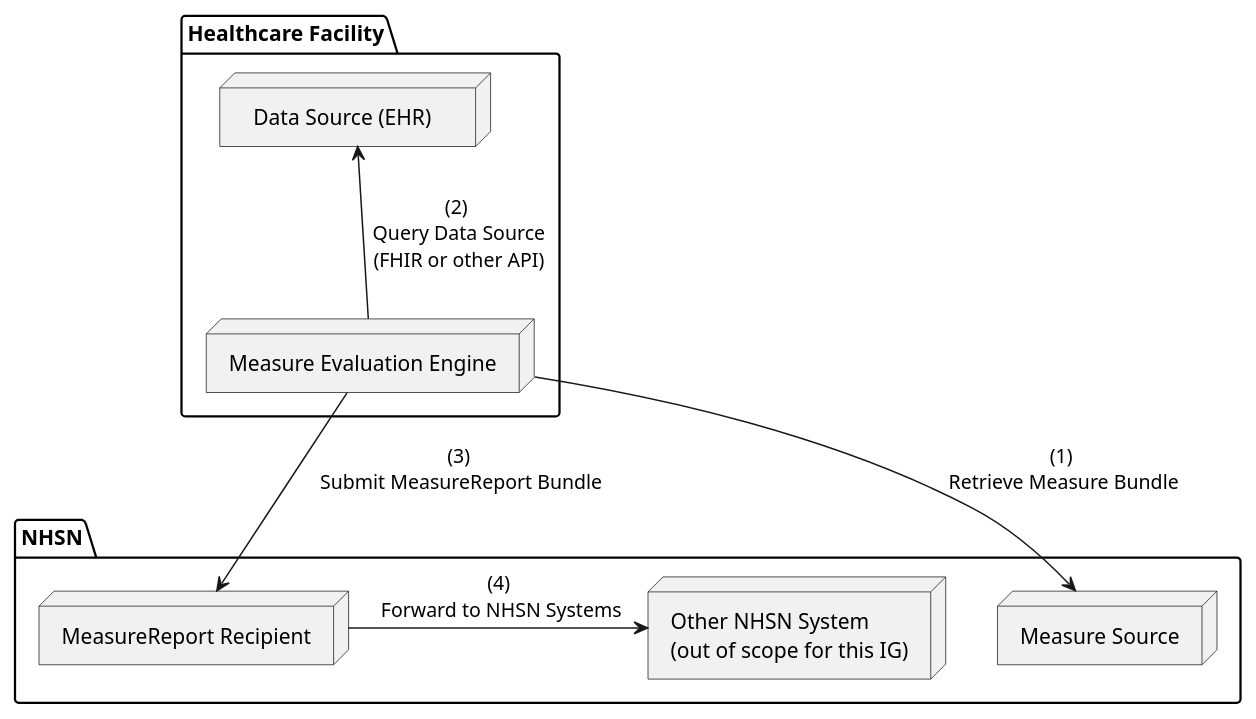
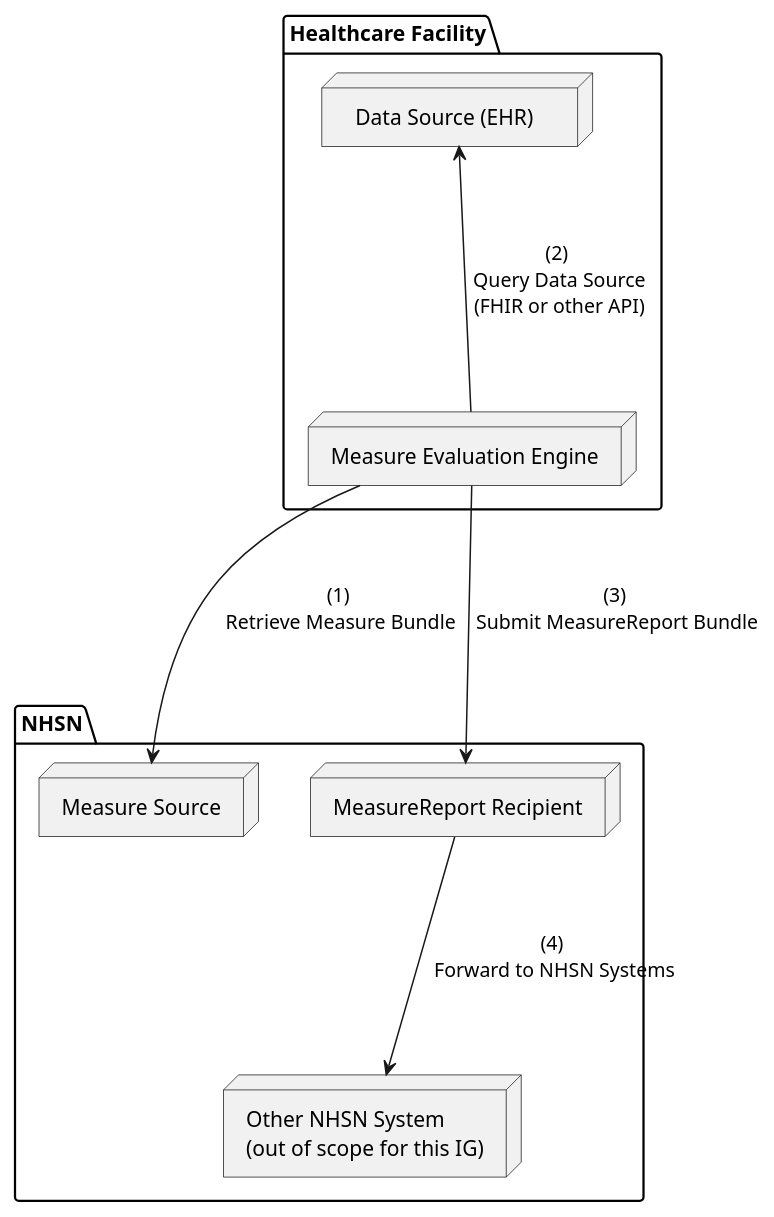
Before and after one commit to HL7/us-safr: the diagram in input/images-source/usfr-push-1.plantuml, drawn with PlantUML. The commit also changed 2 other files, not shown here.

Commit message:
Added example descriptions and diagram updates

```diff
--- a/input/images-source/usfr-push-1.plantuml
+++ b/input/images-source/usfr-push-1.plantuml
@@ -1,21 +1,21 @@
 @startuml
 
 package "Healthcare Facility" {
     node "  Data Source (EHR)    " as EHR
     node "Measure Evaluation Engine" as MEE1
 }
 
 package "NHSN" {
     node "Other NHSN System\n(out of scope for this IG)" as other
     node "Measure Source" as MS
     node "MeasureReport Recipient" as Recipient
 }
 
-EHR <-down- MEE1 : (2)\n Query Data Source\n (FHIR or other API)
+EHR <--- MEE1 : (2)\n Query Data Source\n (FHIR or other API)
 
-MEE1 -down-> MS : (1)\n Retrieve Measure Bundle
-MEE1 -right-> Recipient : (3)\n Submit MeasureReport Bundle
-Recipient -right-> other : (4)\n Forward to NHSN Systems
+MEE1 ---> MS : (1)\n Retrieve Measure Bundle
+MEE1 ---> Recipient : (3)\n Submit MeasureReport Bundle
+Recipient ---> other : (4)\n Forward to NHSN Systems
 
 
 @enduml
```
